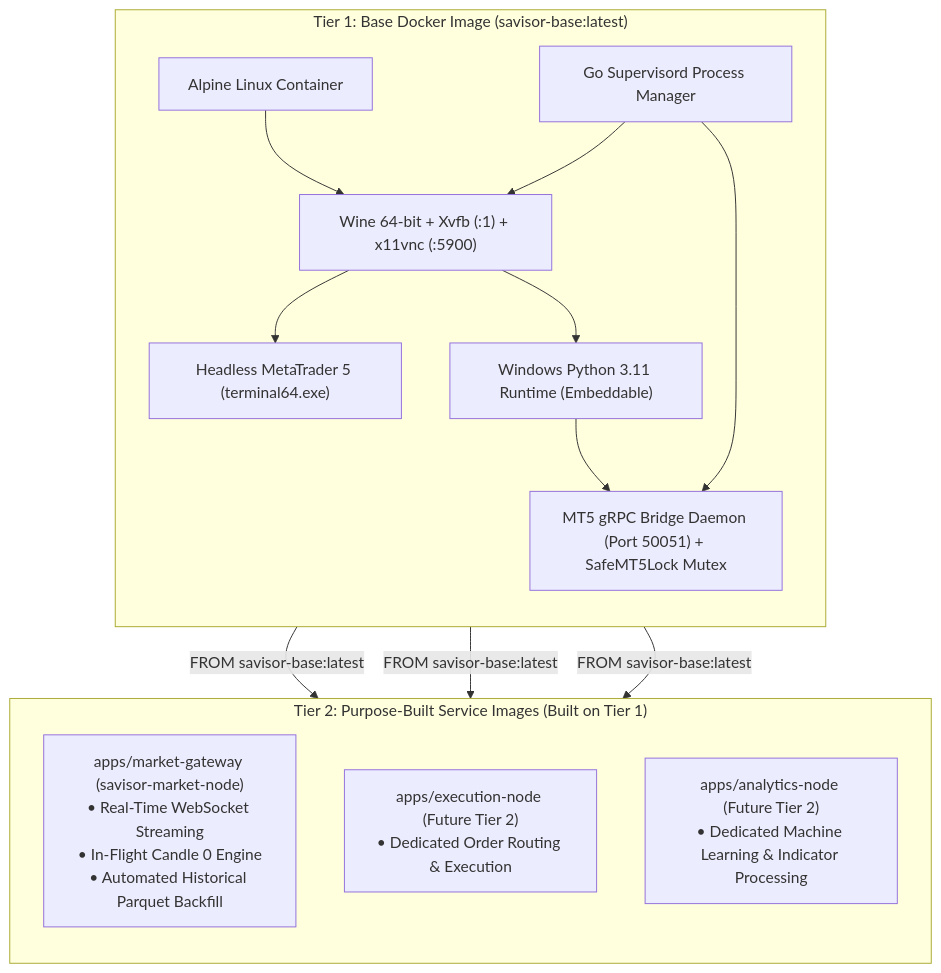
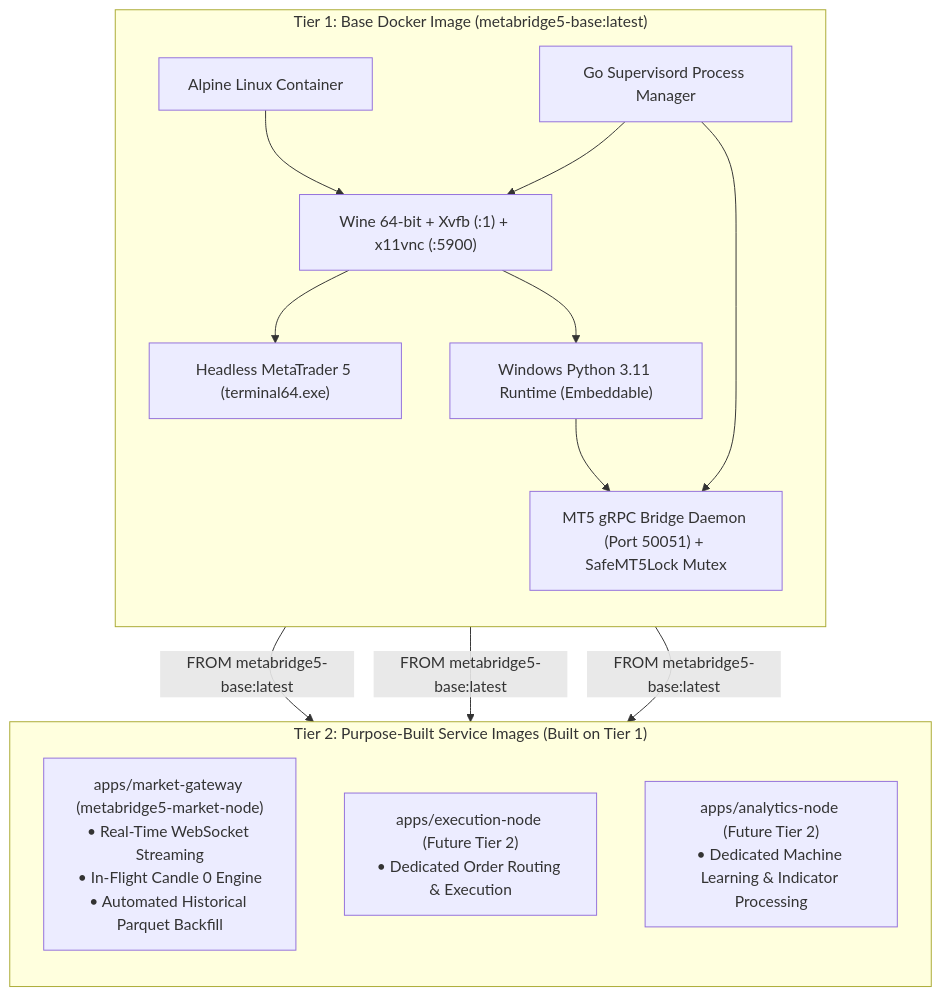
One commit to devffex/MetaBridge5 changed the first of 2 diagrams in docker/README.md. Above: the diagram before and after it, drawn with Mermaid. The commit also changed other lines of this file and 74 other files, not shown here.

````diff
--- a/docker/README.md
+++ b/docker/README.md
@@ -13,30 +13,30 @@
 ```mermaid
 flowchart TD
-    subgraph Tier1 ["Tier 1: Base Docker Image (savisor-base:latest)"]
+    subgraph Tier1 ["Tier 1: Base Docker Image (metabridge5-base:latest)"]
         direction TB
         AlpineOS["Alpine Linux Container"]
         WineRuntime["Wine 64-bit + Xvfb (:1) + x11vnc (:5900)"]
         MT5Terminal["Headless MetaTrader 5 (terminal64.exe)"]
         WinPython["Windows Python 3.11 Runtime (Embeddable)"]
         GRPCDaemon["MT5 gRPC Bridge Daemon (Port 50051) + SafeMT5Lock Mutex"]
         GoSupervisor["Go Supervisord Process Manager"]
         
         AlpineOS --> WineRuntime
         WineRuntime --> MT5Terminal
         WineRuntime --> WinPython
         WinPython --> GRPCDaemon
         GoSupervisor --> WineRuntime
         GoSupervisor --> GRPCDaemon
     end
 
     subgraph Tier2 ["Tier 2: Purpose-Built Service Images (Built on Tier 1)"]
         direction TB
-        MarketNode["apps/market-gateway (savisor-market-node)<br/>• Real-Time WebSocket Streaming<br/>• In-Flight Candle 0 Engine<br/>• Automated Historical Parquet Backfill"]
+        MarketNode["apps/market-gateway (metabridge5-market-node)<br/>• Real-Time WebSocket Streaming<br/>• In-Flight Candle 0 Engine<br/>• Automated Historical Parquet Backfill"]
         FutureNode1["apps/execution-node (Future Tier 2)<br/>• Dedicated Order Routing & Execution"]
         FutureNode2["apps/analytics-node (Future Tier 2)<br/>• Dedicated Machine Learning & Indicator Processing"]
     end
 
-    Tier1 -->|"FROM savisor-base:latest"| MarketNode
-    Tier1 -->|"FROM savisor-base:latest"| FutureNode1
-    Tier1 -->|"FROM savisor-base:latest"| FutureNode2
+    Tier1 -->|"FROM metabridge5-base:latest"| MarketNode
+    Tier1 -->|"FROM metabridge5-base:latest"| FutureNode1
+    Tier1 -->|"FROM metabridge5-base:latest"| FutureNode2
 ```
````
